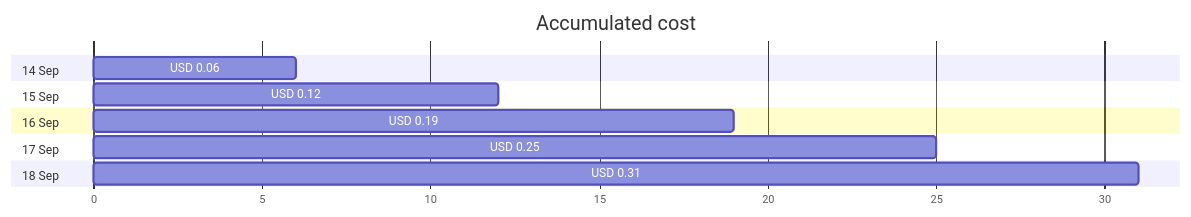
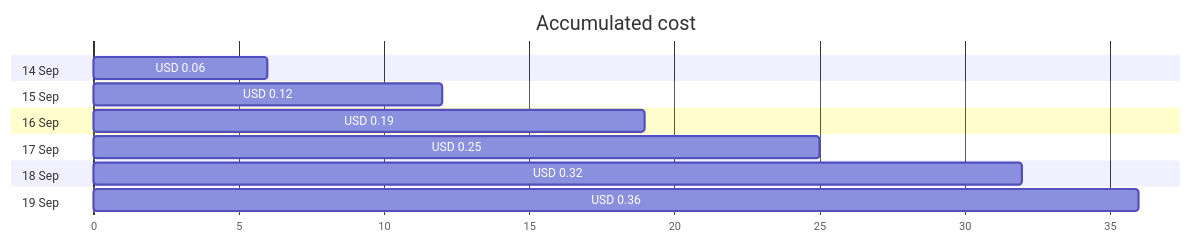
One commit to jpfulton/azure-personal-reports changed the first of 4 diagrams in cost-reports/personal-network/backup-server_OsDisk.md. Above: the diagram before and after it, drawn with Mermaid. The commit also changed other lines of this file and 18 other files, not shown here.

````diff
--- a/cost-reports/personal-network/backup-server_OsDisk.md
+++ b/cost-reports/personal-network/backup-server_OsDisk.md
@@ -20,16 +20,18 @@
 ```mermaid
 gantt
    title Accumulated cost
    dateFormat  X
    axisFormat %s
    section 14 Sep
    USD 0.06 :0, 6
    section 15 Sep
    USD 0.12 :0, 12
    section 16 Sep
    USD 0.19 :0, 19
    section 17 Sep
    USD 0.25 :0, 25
    section 18 Sep
-   USD 0.31 :0, 31
+   USD 0.32 :0, 32
+   section 19 Sep
+   USD 0.36 :0, 36
 ```
````
